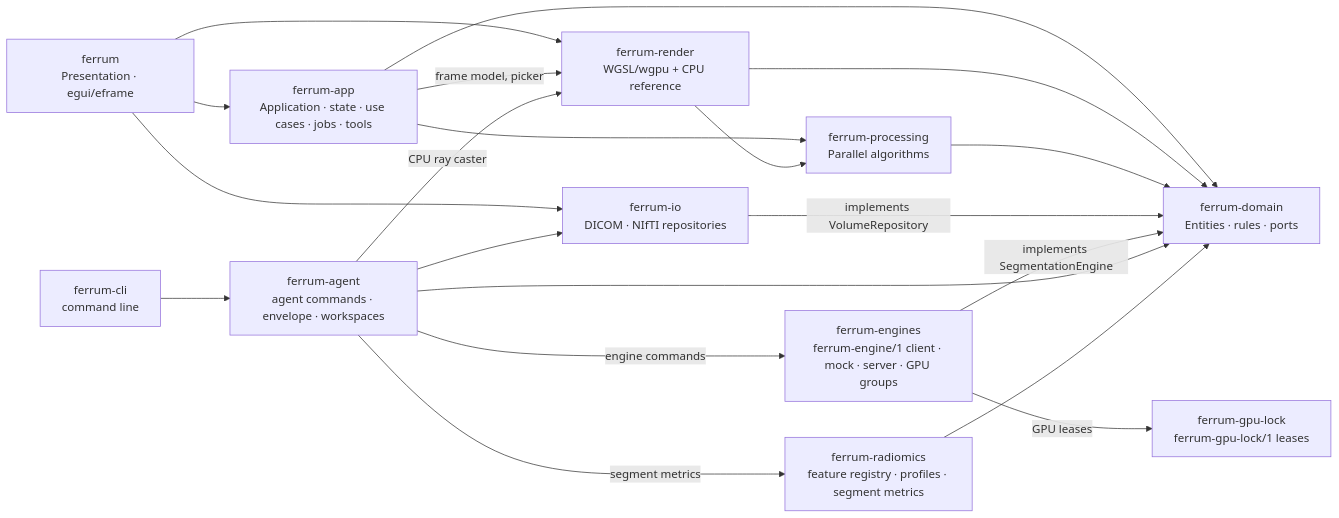
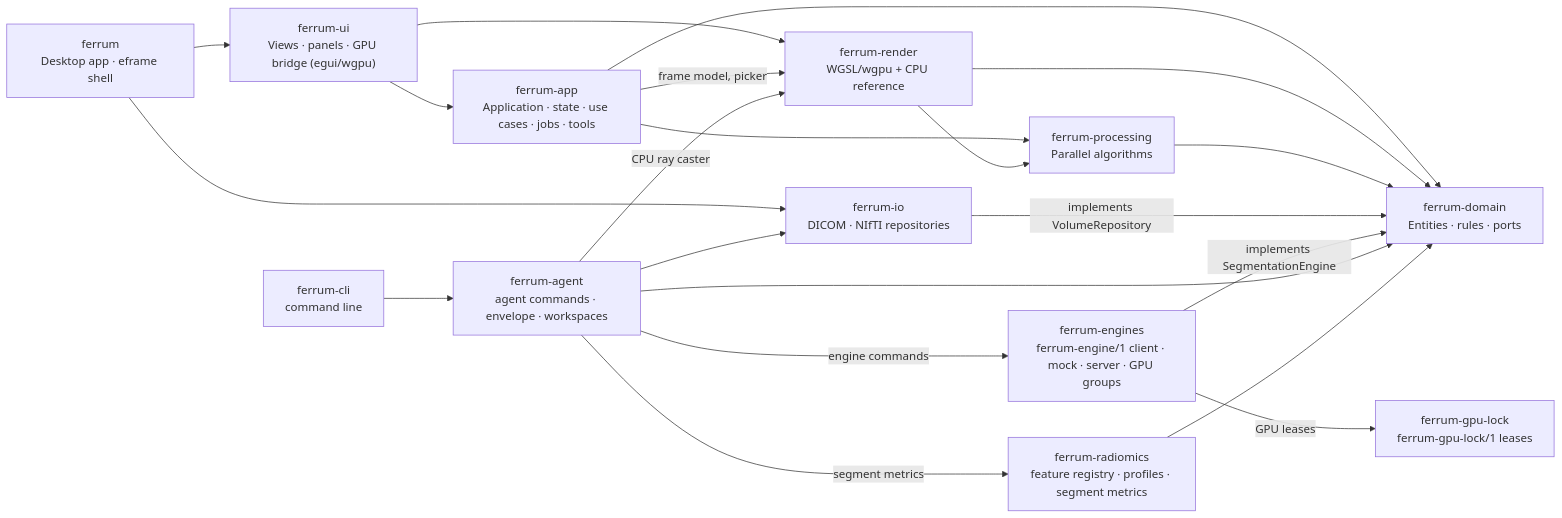
The first of 2 diagrams in docs/architecture.md (Kauter1989/ferrum), drawn with Mermaid before and after one commit. The commit also changed other lines of this file and 28 other files, not shown here.

First line of the commit message:
feat: ferrum-ui, the viewer as a library crate; the desktop app on top of it (Stage 24 PR 1, #69)

````diff
--- a/docs/architecture.md
+++ b/docs/architecture.md
@@ -19,34 +19,36 @@
 ```mermaid
 flowchart LR
-    V["ferrum<br/>Presentation · egui/eframe"]
+    V["ferrum<br/>Desktop app · eframe shell"]
+    UI["ferrum-ui<br/>Views · panels · GPU bridge (egui/wgpu)"]
     A["ferrum-app<br/>Application · state · use cases · jobs · tools"]
     D["ferrum-domain<br/>Entities · rules · ports"]
     P["ferrum-processing<br/>Parallel algorithms"]
     R["ferrum-render<br/>WGSL/wgpu + CPU reference"]
     IO["ferrum-io<br/>DICOM · NIfTI repositories"]
     EN["ferrum-engines<br/>ferrum-engine/1 client · mock · server · GPU groups"]
     GL["ferrum-gpu-lock<br/>ferrum-gpu-lock/1 leases"]
     RX["ferrum-radiomics<br/>feature registry · profiles · segment metrics"]
     AG["ferrum-agent<br/>agent commands · envelope · workspaces"]
     CLI["ferrum-cli<br/>command line"]
 
-    V --> A
-    V --> R
+    V --> UI
     V --> IO
+    UI --> A
+    UI --> R
     A --> D
     A --> P
     A -->|"frame model, picker"| R
     R --> D
     R --> P
     P --> D
     IO -->|"implements VolumeRepository"| D
     EN -->|"implements SegmentationEngine"| D
     EN -->|"GPU leases"| GL
     CLI --> AG
     AG --> D
     AG --> IO
     AG -->|"CPU ray caster"| R
     AG -->|"engine commands"| EN
     AG -->|"segment metrics"| RX
     RX --> D
 ```
````
